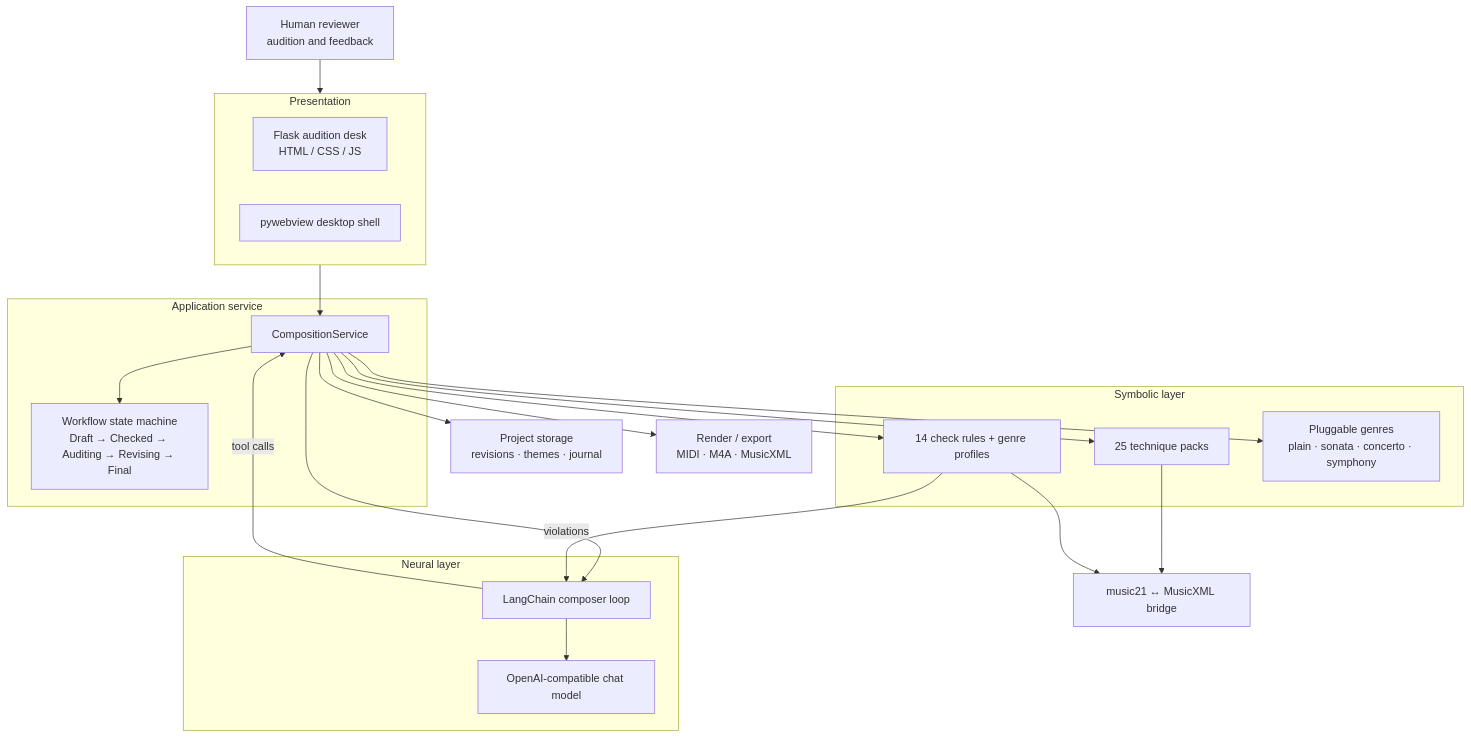
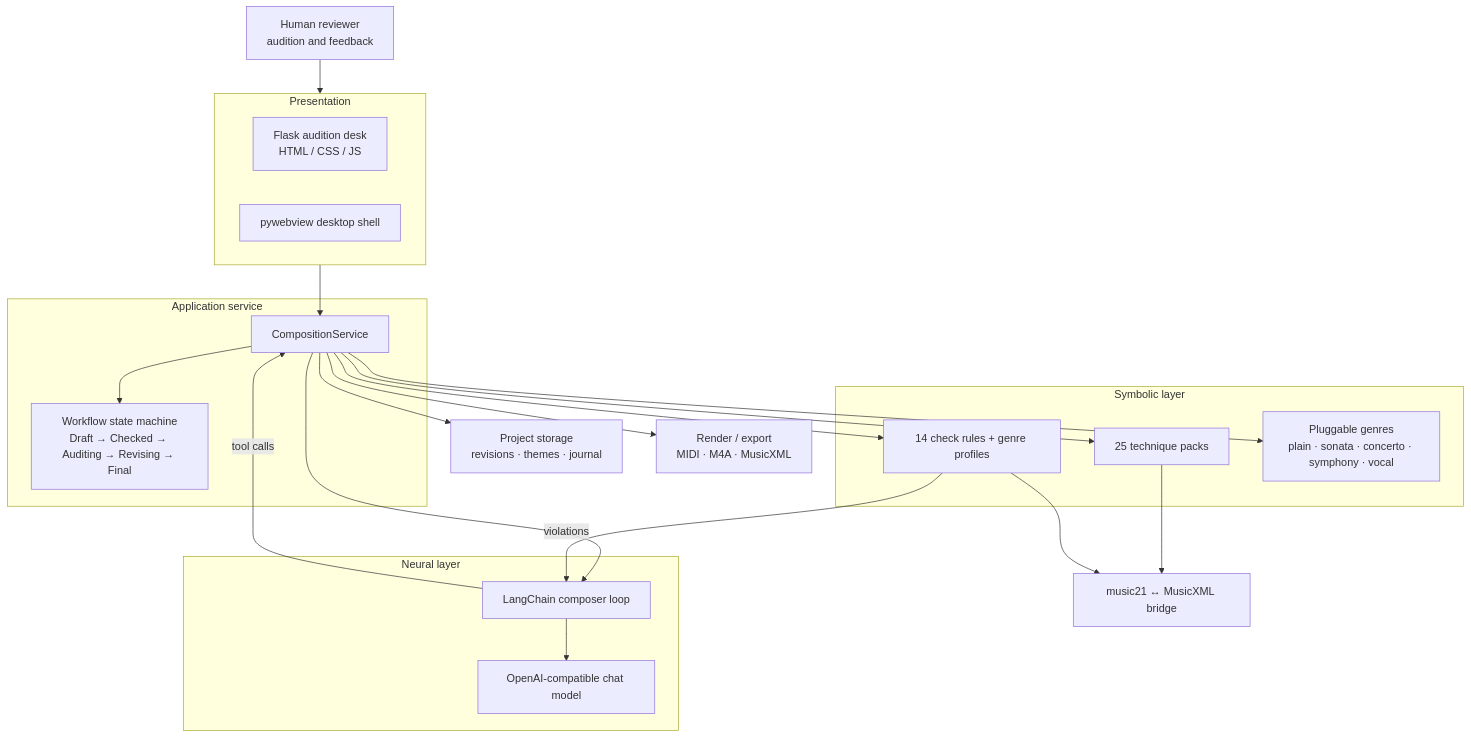
The diagram in README.md (xhdlphzr/HarmoniaTextor), drawn with Mermaid before and after one commit. The commit also changed other lines of this file and 1 other file, not shown here.

Commit message:
Document vocal synthesis

````diff
--- a/README.md
+++ b/README.md
@@ -33,44 +33,44 @@
 ```mermaid
 flowchart TD
     Human["Human reviewer<br/>audition and feedback"]
 
     subgraph UI["Presentation"]
         Flask["Flask audition desk<br/>HTML / CSS / JS"]
         Desktop["pywebview desktop shell"]
     end
 
     subgraph App["Application service"]
         Workflow["Workflow state machine<br/>Draft → Checked → Auditing → Revising → Final"]
         Service["CompositionService"]
     end
 
     subgraph Neuro["Neural layer"]
         Agent["LangChain composer loop"]
         LLM["OpenAI-compatible chat model"]
     end
 
     subgraph Symbolic["Symbolic layer"]
         Tech["25 technique packs"]
         Check["14 check rules + genre profiles"]
-        Genres["Pluggable genres<br/>plain · sonata · concerto · symphony"]
+        Genres["Pluggable genres<br/>plain · sonata · concerto · symphony · vocal"]
     end
 
     Bridge["music21 ↔ MusicXML bridge"]
     Store["Project storage<br/>revisions · themes · journal"]
     Export["Render / export<br/>MIDI · M4A · MusicXML"]
 
     Human --> UI
     UI --> Service
     Service --> Workflow
     Service --> Agent
     Agent --> LLM
     Agent -->|"tool calls"| Service
     Service --> Tech
     Service --> Check
     Service --> Genres
     Tech --> Bridge
     Check --> Bridge
     Check -->|"violations"| Agent
     Service --> Store
     Service --> Export
 ```
````
